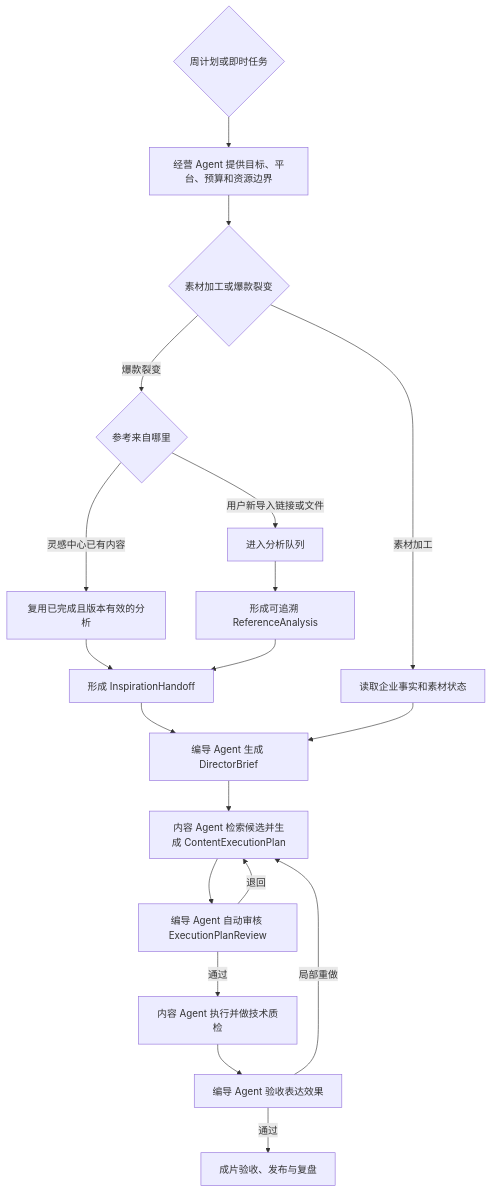
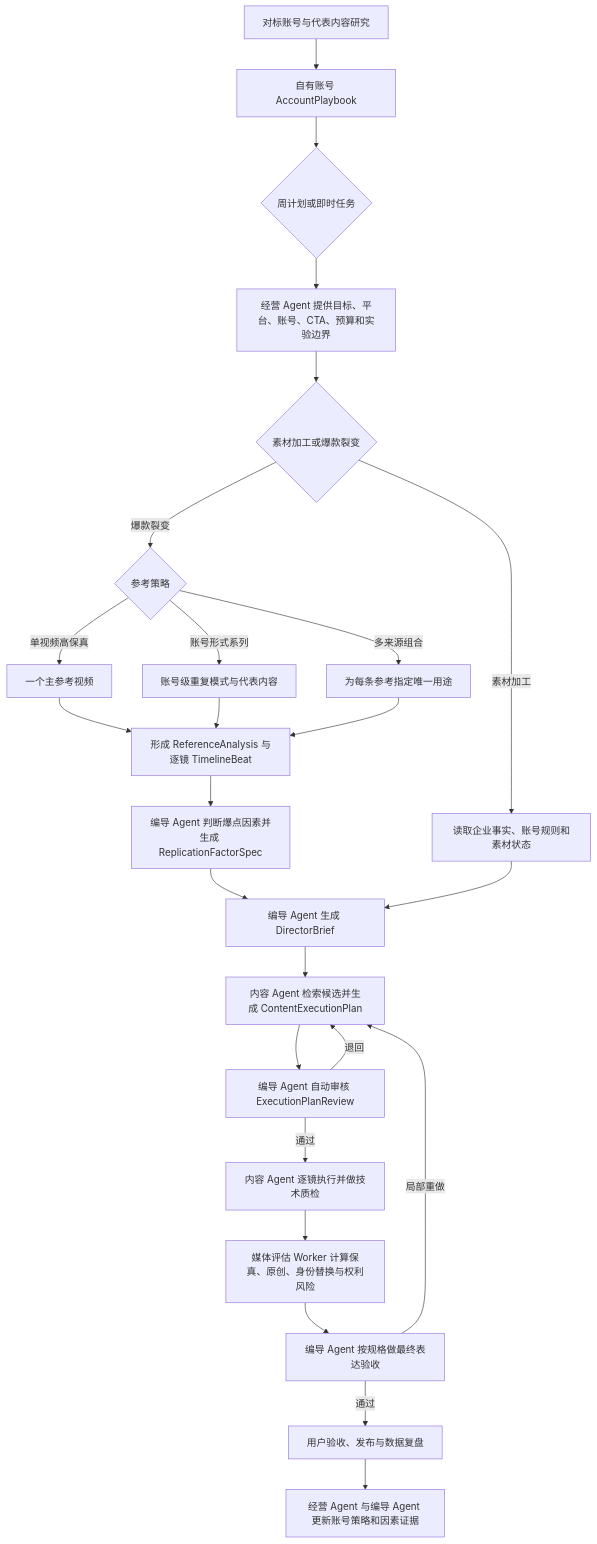
The diagram in docs/product/PRD-灵枢AI当前系统-v3.md (lingshu-ai-cloud/lingshu_AI), drawn with Mermaid before and after one commit. The commit also changed other lines of this file and 46 other files, not shown here.

````diff
--- a/docs/product/PRD-灵枢AI当前系统-v3.md
+++ b/docs/product/PRD-灵枢AI当前系统-v3.md
@@ -66,21 +78,27 @@
 ```mermaid
 flowchart TD
-    A{周计划或即时任务} --> B[经营 Agent 提供目标、平台、预算和资源边界]
-    B --> C{素材加工或爆款裂变}
-    C -->|爆款裂变| D{参考来自哪里}
-    D -->|灵感中心已有内容| D1[复用已完成且版本有效的分析]
-    D -->|用户新导入链接或文件| D2[进入分析队列]
-    D1 --> D3[形成 InspirationHandoff]
-    D2 --> D4[形成可追溯 ReferenceAnalysis]
-    D4 --> D3
-    C -->|素材加工| E[读取企业事实和素材状态]
-    D3 --> F[编导 Agent 生成 DirectorBrief]
-    E --> F
-    F --> G[内容 Agent 检索候选并生成 ContentExecutionPlan]
-    G --> H[编导 Agent 自动审核 ExecutionPlanReview]
-    H -->|退回| G
-    H -->|通过| I[内容 Agent 执行并做技术质检]
-    I --> J[编导 Agent 验收表达效果]
-    J -->|局部重做| G
-    J -->|通过| K[成片验收、发布与复盘]
+    A[对标账号与代表内容研究] --> B[自有账号 AccountPlaybook]
+    B --> C{周计划或即时任务}
+    C --> D[经营 Agent 提供目标、平台、账号、CTA、预算和实验边界]
+    D --> E{素材加工或爆款裂变}
+    E -->|爆款裂变| F{参考策略}
+    F -->|单视频高保真| F1[一个主参考视频]
+    F -->|账号形式系列| F2[账号级重复模式与代表内容]
+    F -->|多来源组合| F3[为每条参考指定唯一用途]
+    F1 --> G[形成 ReferenceAnalysis 与逐镜 TimelineBeat]
+    F2 --> G
+    F3 --> G
+    G --> H[编导 Agent 判断爆点因素并生成 ReplicationFactorSpec]
+    E -->|素材加工| I[读取企业事实、账号规则和素材状态]
+    H --> J[编导 Agent 生成 DirectorBrief]
+    I --> J
+    J --> K[内容 Agent 检索候选并生成 ContentExecutionPlan]
+    K --> L[编导 Agent 自动审核 ExecutionPlanReview]
+    L -->|退回| K
+    L -->|通过| M[内容 Agent 逐镜执行并做技术质检]
+    M --> N[媒体评估 Worker 计算保真、原创、身份替换与权利风险]
+    N --> O[编导 Agent 按规格做最终表达验收]
+    O -->|局部重做| K
+    O -->|通过| P[用户验收、发布与数据复盘]
+    P --> Q[经营 Agent 与编导 Agent 更新账号策略和因素证据]
 ```
````
